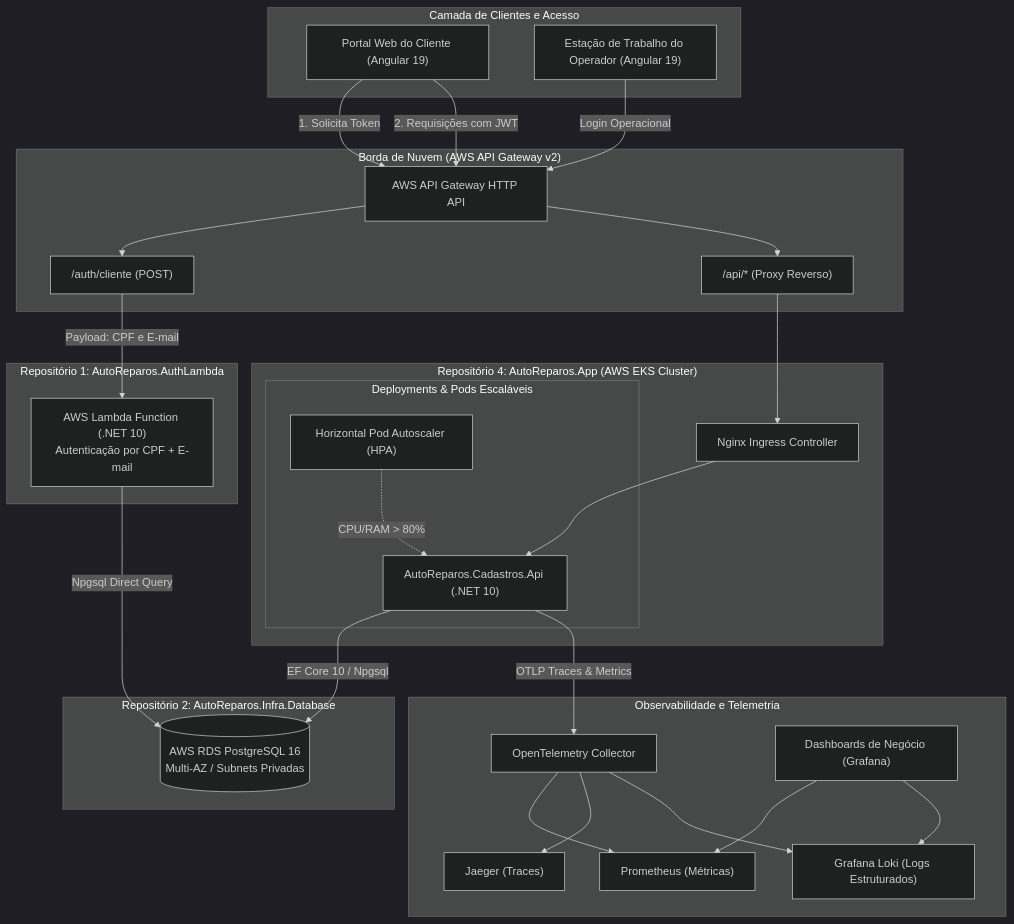
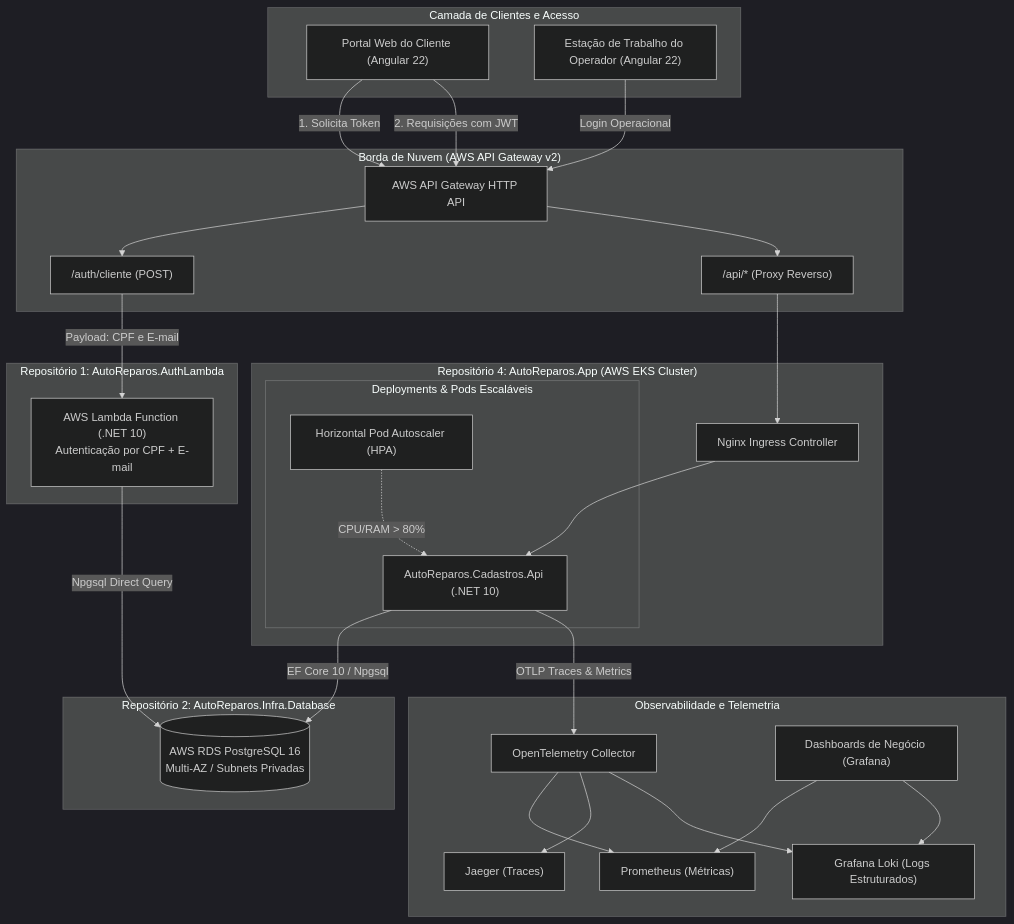
One commit to Grupo78-PosTech-15SOAT/AutoReparos changed the first of 4 diagrams in README.md. Above: the diagram before and after it, drawn with Mermaid (dark theme). The commit also changed other lines of this file and 10 other files, not shown here.

````diff
--- a/README.md
+++ b/README.md
@@ -165,53 +162,53 @@
 ```mermaid
 graph TB
     subgraph Clients["Camada de Clientes e Acesso"]
-        Browser["Portal Web do Cliente (Angular 19)"]
-        Operator["Estação de Trabalho do Operador (Angular 19)"]
+        Browser["Portal Web do Cliente (Angular 22)"]
+        Operator["Estação de Trabalho do Operador (Angular 22)"]
     end
 
     subgraph Edge["Borda de Nuvem (AWS API Gateway v2)"]
         APIGW["AWS API Gateway HTTP API"]
         RouteAuth["/auth/cliente (POST)"]
         RouteCore["/api/* (Proxy Reverso)"]
         APIGW --> RouteAuth
         APIGW --> RouteCore
     end
 
     subgraph ServerlessModule["Repositório 1: AutoReparos.AuthLambda"]
         Lambda["AWS Lambda Function (.NET 10)<br/>Autenticação por CPF + E-mail"]
         RouteAuth -->|"Payload: CPF e E-mail"| Lambda
     end
 
     subgraph AppCluster["Repositório 4: AutoReparos.App (AWS EKS Cluster)"]
         Ingress["Nginx Ingress Controller"]
         RouteCore --> Ingress
         
         subgraph Pods["Deployments & Pods Escaláveis"]
             APIService["AutoReparos.Cadastros.Api (.NET 10)"]
             HPA["Horizontal Pod Autoscaler (HPA)"]
             HPA -.->|CPU/RAM > 80%| APIService
         end
         Ingress --> APIService
     end
 
     subgraph DatabaseModule["Repositório 2: AutoReparos.Infra.Database"]
         RDS[("AWS RDS PostgreSQL 16<br/>Multi-AZ / Subnets Privadas")]
         Lambda -->|Npgsql Direct Query| RDS
         APIService -->|EF Core 10 / Npgsql| RDS
     end
 
     subgraph Observability["Observabilidade e Telemetria"]
         OTel["OpenTelemetry Collector"]
         APIService -->|OTLP Traces & Metrics| OTel
         OTel --> Prom["Prometheus (Métricas)"]
         OTel --> Jaeger["Jaeger (Traces)"]
         OTel --> Loki["Grafana Loki (Logs Estruturados)"]
         Grafana["Dashboards de Negócio (Grafana)"]
         Grafana --> Prom
         Grafana --> Loki
     end
 
     Browser -->|1. Solicita Token| APIGW
     Browser -->|2. Requisições com JWT| APIGW
     Operator -->|Login Operacional| APIGW
 ```
````
